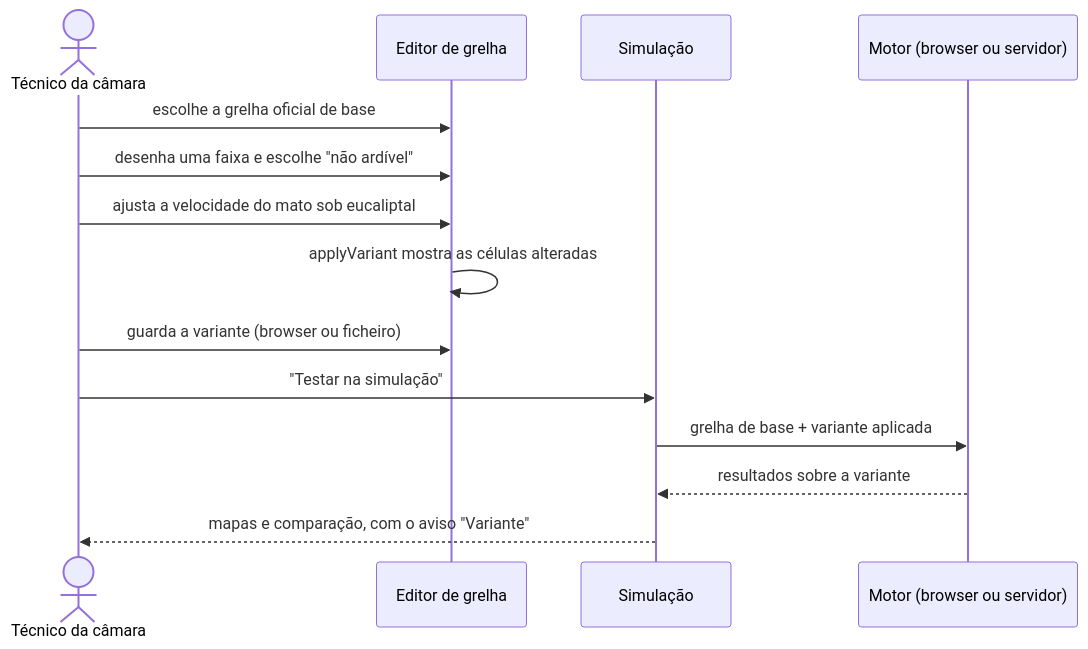
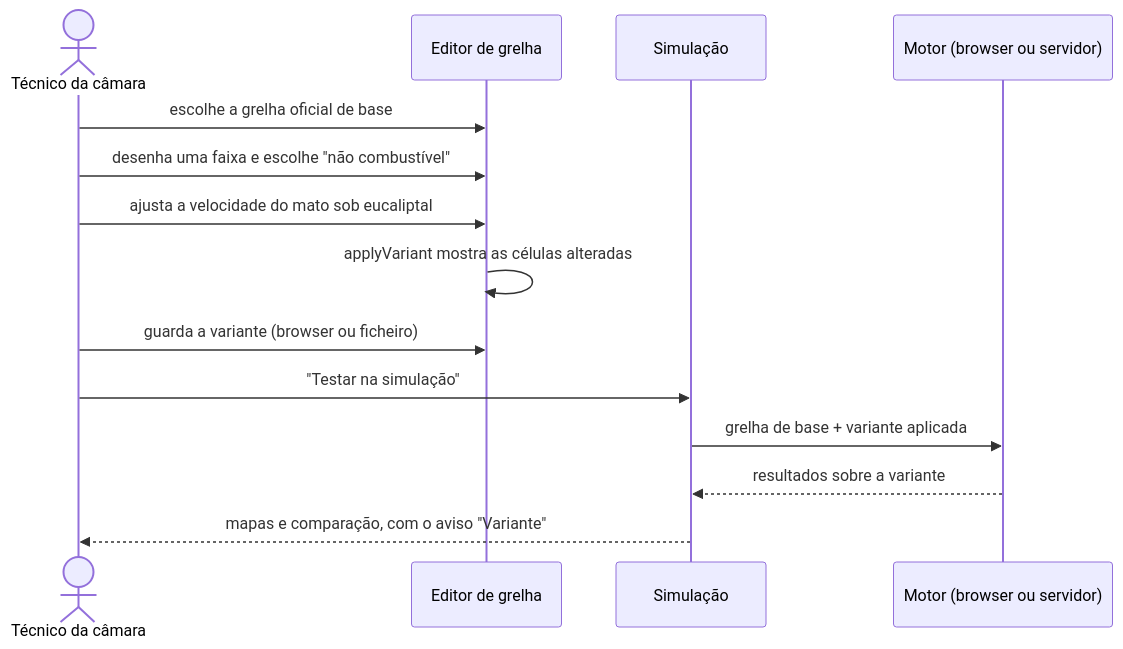
One commit to josesampaio27/LinhaZero changed the third of 3 diagrams in docs/arquitetura/06-execucao.md. Above: the diagram before and after it, drawn with Mermaid. The commit also changed 36 other files, not shown here.

First line of the commit message:
Say "não combustível" instead of "não ardível"

````diff
--- a/docs/arquitetura/06-execucao.md
+++ b/docs/arquitetura/06-execucao.md
@@ -90,17 +90,17 @@
 ```mermaid
 sequenceDiagram
   actor U as Técnico da câmara
   participant E as Editor de grelha
   participant S as Simulação
   participant M as Motor (browser ou servidor)
 
   U->>E: escolhe a grelha oficial de base
-  U->>E: desenha uma faixa e escolhe "não ardível"
+  U->>E: desenha uma faixa e escolhe "não combustível"
   U->>E: ajusta a velocidade do mato sob eucaliptal
   E->>E: applyVariant mostra as células alteradas
   U->>E: guarda a variante (browser ou ficheiro)
   U->>S: "Testar na simulação"
   S->>M: grelha de base + variante aplicada
   M-->>S: resultados sobre a variante
   S-->>U: mapas e comparação, com o aviso "Variante"
 ```
````
